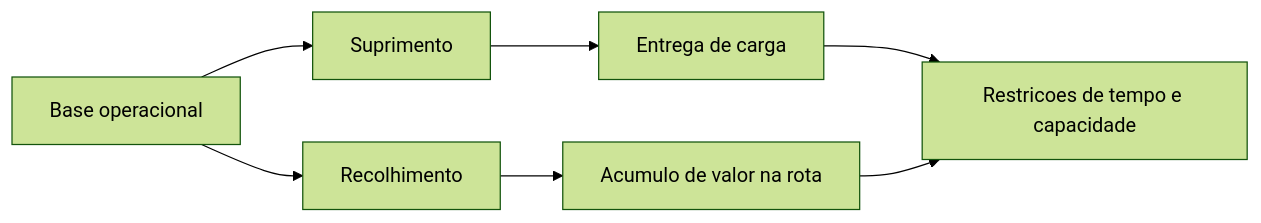
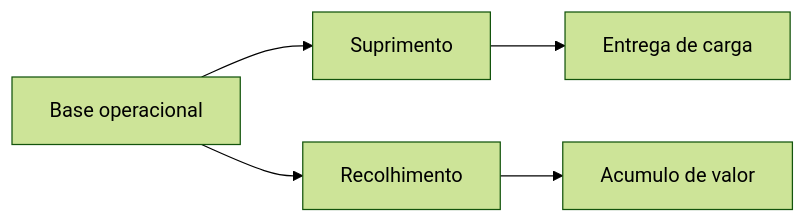
Before and after one commit to ThiagoBibiano/aredes-roteirizacao-numerario: the diagram in docs/apresentacao/01-introducao-e-contexto.md, drawn with Mermaid (forest theme). The commit also changed other lines of this file and 16 other files, not shown here.

````diff
--- a/docs/apresentacao/01-introducao-e-contexto.md
+++ b/docs/apresentacao/01-introducao-e-contexto.md
@@ -57,9 +26,7 @@
 ```mermaid
 flowchart LR
     A[Base operacional] --> B[Suprimento]
     A --> C[Recolhimento]
     B --> D[Entrega de carga]
-    C --> E[Acumulo de valor na rota]
-    D --> F[Restricoes de tempo e capacidade]
-    E --> F
+    C --> E[Acumulo de valor]
 ```
````
